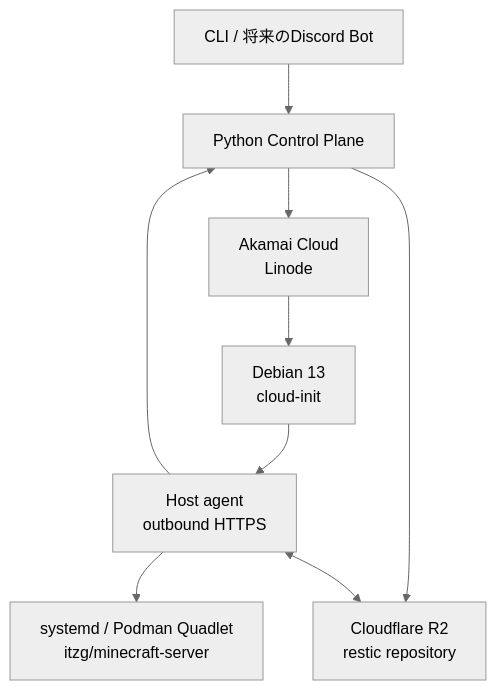
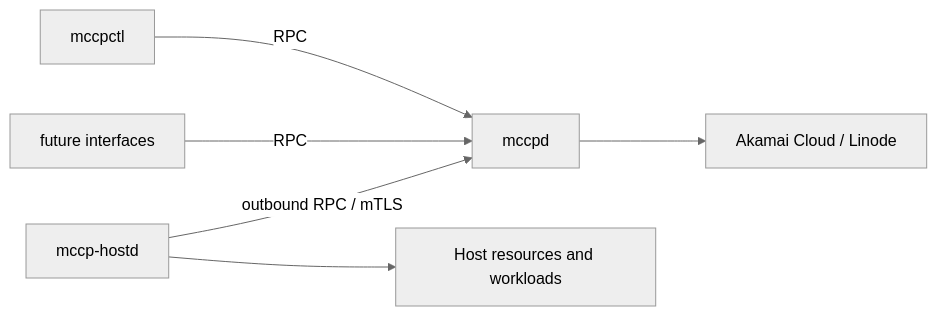
The diagram in README.md (barn0w1/mc-control-plane), drawn with Mermaid (neutral theme) before and after one commit. The commit also changed other lines of this file and 157 other files, not shown here.

Commit message:
docs: define the Rust control plane foundation

````diff
--- a/README.md
+++ b/README.md
@@ -9,11 +10,8 @@
 ```mermaid
-flowchart TD
-    User["CLI / 将来のDiscord Bot"] --> Control["Python Control Plane"]
-    Control --> Akamai["Akamai Cloud<br/>Linode"]
-    Control --> R2["Cloudflare R2<br/>restic repository"]
-    Akamai --> Host["Debian 13<br/>cloud-init"]
-    Host --> Agent["Host agent<br/>outbound HTTPS"]
-    Agent --> Control
-    Agent --> Runtime["systemd / Podman Quadlet<br/>itzg/minecraft-server"]
-    Agent <--> R2
+flowchart LR
+    CLI["mccpctl"] -->|"RPC"| CP["mccpd"]
+    Other["future interfaces"] -->|"RPC"| CP
+    Hostd["mccp-hostd"] -->|"outbound RPC / mTLS"| CP
+    CP --> Linode["Akamai Cloud / Linode"]
+    Hostd --> Host["Host resources and workloads"]
 ```
````
